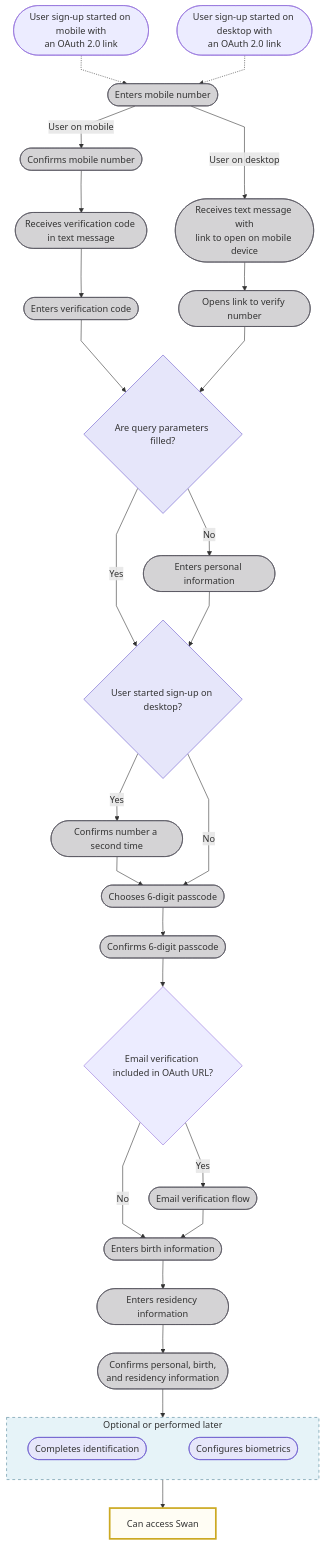
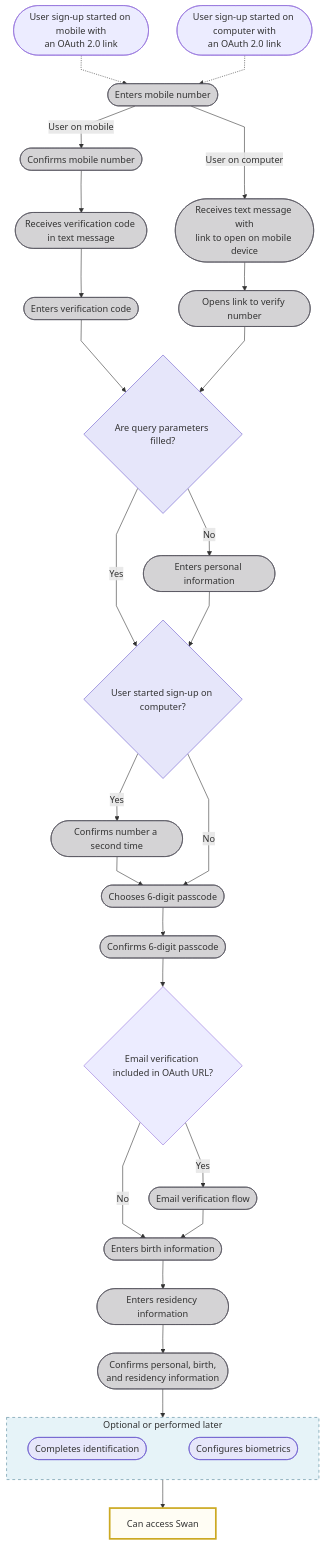
Before and after one commit to swan-io/docs: the first of 2 diagrams in docs/topics/users/index.mdx, drawn with Mermaid. The commit also changed other lines of this file, not shown here.

Commit message:
Update to sign-up steps

````diff
--- a/docs/topics/users/index.mdx
+++ b/docs/topics/users/index.mdx
@@ -68,64 +76,64 @@
 ```mermaid
 %%{ init: { 'flowchart': { 'curve': 'linear' } } }%%
 flowchart TB
     MobileEntry([User sign-up started on mobile with<br/>an OAuth 2.0 link]) -.-> EntersMobileNumber([Enters mobile number])
-    DesktopEntry([User sign-up started on desktop with<br/>an OAuth 2.0 link]) -.-> EntersMobileNumber
+    ComputerEntry([User sign-up started on computer with<br/>an OAuth 2.0 link]) -.-> EntersMobileNumber
 
     EntersMobileNumber -- User on mobile --> ConfirmsMobileNumberMobile([Confirms mobile number])
-    EntersMobileNumber -- User on desktop --> ReceivesLink([Receives text message with<br/>link to open on mobile device])
+    EntersMobileNumber -- User on computer --> ReceivesLink([Receives text message with<br/>link to open on mobile device])
 
     ConfirmsMobileNumberMobile --> ReceivesCode([Receives verification code in text message])
     ReceivesCode --> EntersCode([Enters verification code])
     EntersCode --> QueryParams{Are query parameters filled?}
     
     ReceivesLink --> OpensLink([Opens link to verify number])
     OpensLink --> QueryParams
 
     QueryParams -- No --> EntersPI([Enters personal information])
-    QueryParams -- Yes --> UserStartedDesktop{User started sign-up on desktop?}
+    QueryParams -- Yes --> UserStartedComputer{User started sign-up on computer?}
 
-    EntersPI --> UserStartedDesktop
-    UserStartedDesktop -- Yes --> ConfirmsNumber([Confirms number a second time])
+    EntersPI --> UserStartedComputer
+    UserStartedComputer -- Yes --> ConfirmsNumber([Confirms number a second time])
     ConfirmsNumber --> ChoosesPasscode([Chooses 6-digit passcode])
-    UserStartedDesktop -- No --> ChoosesPasscode
+    UserStartedComputer -- No --> ChoosesPasscode
 
     ChoosesPasscode --> ConfirmsPasscode([Confirms 6-digit passcode])
 
     ConfirmsPasscode --> EmailVerificationIncluded{Email verification included in OAuth URL?}
     EmailVerificationIncluded -- Yes --> EmailVerificationFlow([Email verification flow])
     EmailVerificationIncluded -- No --> EntersBirthInfo
 
     EmailVerificationFlow --> EntersBirthInfo([Enters birth information])
     EntersBirthInfo --> EntersResidencyInfo([Enters residency information])
     EntersResidencyInfo --> ConfirmsInfo([Confirms personal, birth,<br/>and residency information])
 
     ConfirmsInfo --> O
 
     subgraph O[Optional or performed later]
         direction LR
         IV([Completes identification]) ~~~ B([Configures biometrics])
     end
 
     O --> S[Can access Swan]
 
     style S fill:#fffdf4,stroke:#cca922,stroke-width:3px
     style O fill:#E6F3F8,stroke:#4D8296,stroke-dasharray: 5 5
     style IV fill:#E6E6FA,stroke:#6A5ACD
     style B fill:#E6E6FA,stroke:#6A5ACD
     style EntersMobileNumber fill:#D4D3D5,stroke:#514F59
     style ConfirmsMobileNumberMobile fill:#D4D3D5,stroke:#514F59
     style ReceivesCode fill:#D4D3D5,stroke:#514F59
     style EntersCode fill:#D4D3D5,stroke:#514F59
     style ReceivesLink fill:#D4D3D5,stroke:#514F59
     style OpensLink fill:#D4D3D5,stroke:#514F59
     style ConfirmsNumber fill:#D4D3D5,stroke:#514F59
     style EntersPI fill:#D4D3D5,stroke:#514F59
     style ChoosesPasscode fill:#D4D3D5,stroke:#514F59
     style ConfirmsPasscode fill:#D4D3D5,stroke:#514F59
     style EmailVerificationFlow fill:#D4D3D5,stroke:#514F59
     style EntersBirthInfo fill:#D4D3D5,stroke:#514F59
     style EntersResidencyInfo fill:#D4D3D5,stroke:#514F59
     style ConfirmsInfo fill:#D4D3D5,stroke:#514F59
-    style UserStartedDesktop fill:#E6E6FA,stroke:#6A5ACD
+    style UserStartedComputer fill:#E6E6FA,stroke:#6A5ACD
     style QueryParams fill:#E6E6FA,stroke:#6A5ACD
 ```
````
